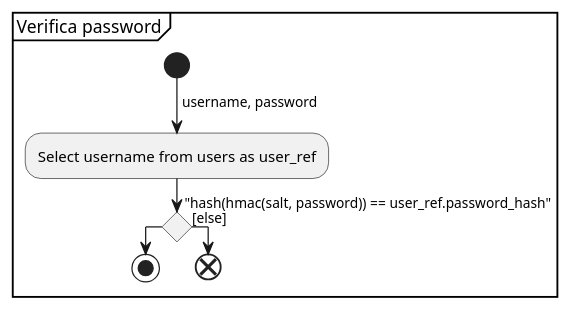
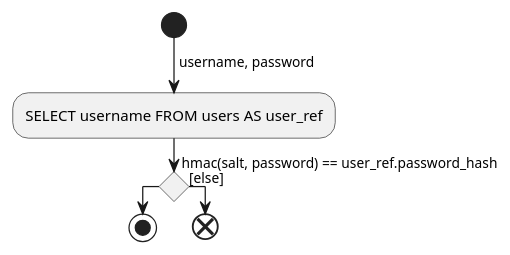
Before and after one commit to Matlice/ing_sw_2022: the diagram in DOC/uml/activity/verifica_password.puml, drawn with PlantUML. The commit also changed 9 other files, not shown here.

Commit message:
Aggiunti diagrammi delle classi parziali

```diff
--- a/DOC/uml/activity/verifica_password.puml
+++ b/DOC/uml/activity/verifica_password.puml
@@ -1,22 +1,19 @@
 @startuml
 skinparam conditionStyle diamond
 
-group Verifica password 
 
-    start
+start
 
-    -> username, password;
+-> username, password;
 
-    :Select username from users as user_ref;
+:SELECT username FROM users AS user_ref;
 
-    if ("hash(hmac(salt, password)) == user_ref.password_hash") then
-        stop
-    else ([else])
-        end
-    endif
-
-end group
+if (hmac(salt, password) == user_ref.password_hash) then
+    stop
+else ([else])
+    end
+endif
 
 
 
 @enduml
```
